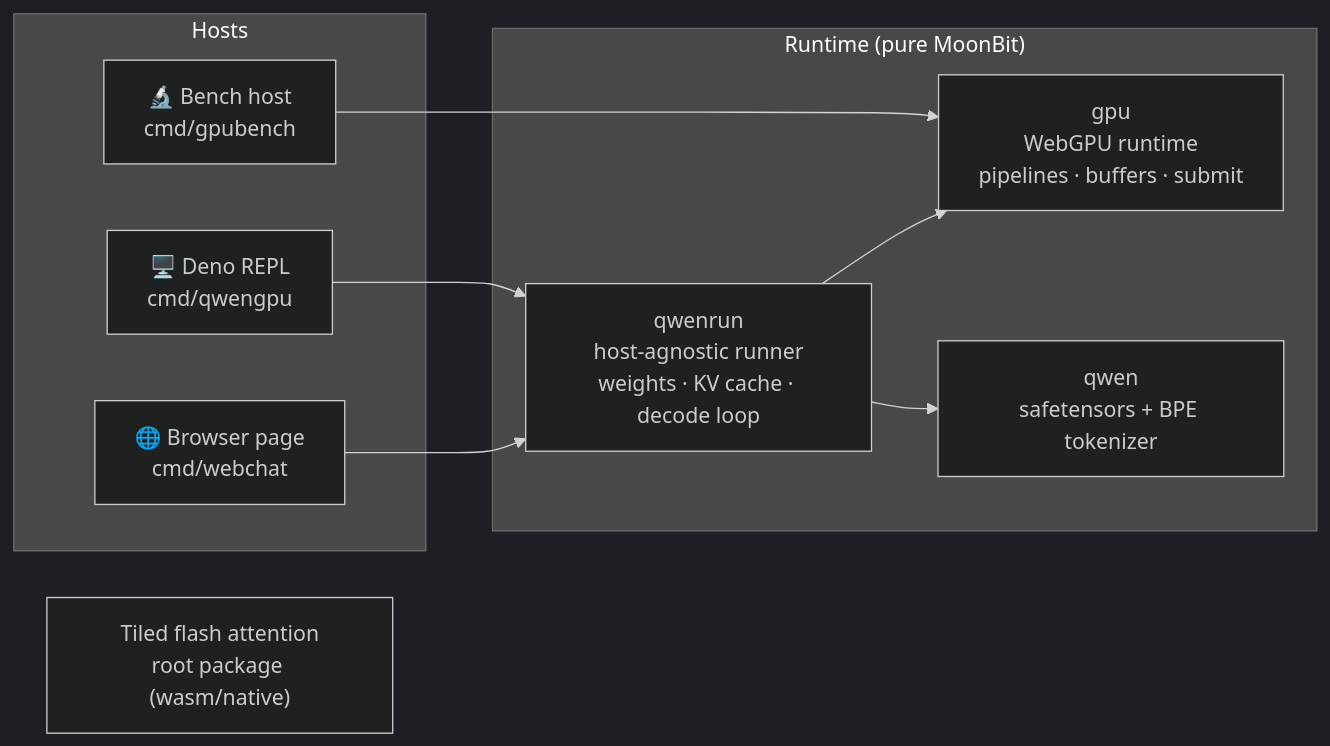
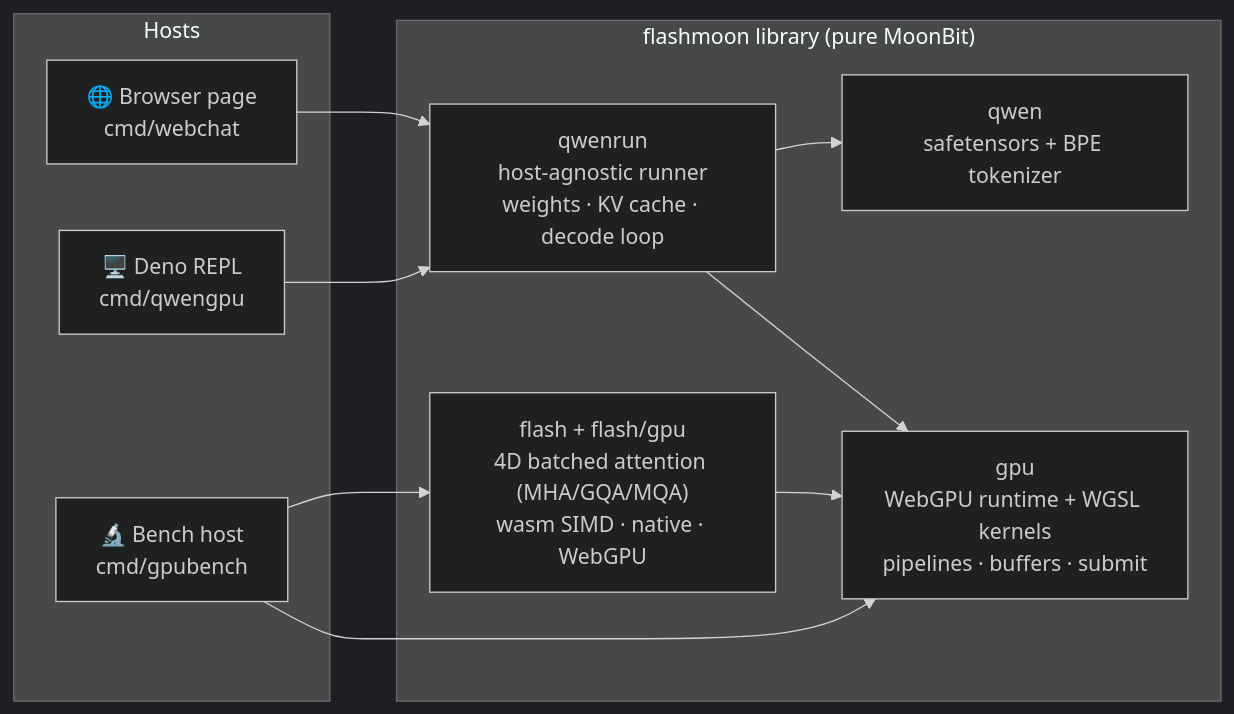
The diagram in README.md (starAndHonor/flashmoon), drawn with Mermaid (dark theme) before and after one commit. The commit also changed other lines of this file, not shown here.

Commit message:
docs(readme): reposition as WebGPU AI inference foundation library

````diff
--- a/README.md
+++ b/README.md
@@ -104,17 +106,18 @@
 ```mermaid
 flowchart LR
     subgraph host["Hosts"]
         B["🌐 Browser page<br/>cmd/webchat"]
         D["🖥️ Deno REPL<br/>cmd/qwengpu"]
         K["🔬 Bench host<br/>cmd/gpubench"]
     end
-    subgraph core["Runtime (pure MoonBit)"]
+    subgraph lib["flashmoon library (pure MoonBit)"]
+        G["gpu<br/>WebGPU runtime + WGSL kernels<br/>pipelines · buffers · submit"]
+        F["flash + flash/gpu<br/>4D batched attention (MHA/GQA/MQA)<br/>wasm SIMD · native · WebGPU"]
+        Q["qwen<br/>safetensors + BPE tokenizer"]
         R["qwenrun<br/>host-agnostic runner<br/>weights · KV cache · decode loop"]
-        G["gpu<br/>WebGPU runtime<br/>pipelines · buffers · submit"]
-        Q["qwen<br/>safetensors + BPE tokenizer"]
     end
-    B & D --> R --> G
-    K --> G
-    R --> Q
-    W["Tiled flash attention<br/>root package (wasm/native)"]
+    B & D --> R
+    K --> G & F
+    R --> G & Q
+    F --> G
 ```
````
